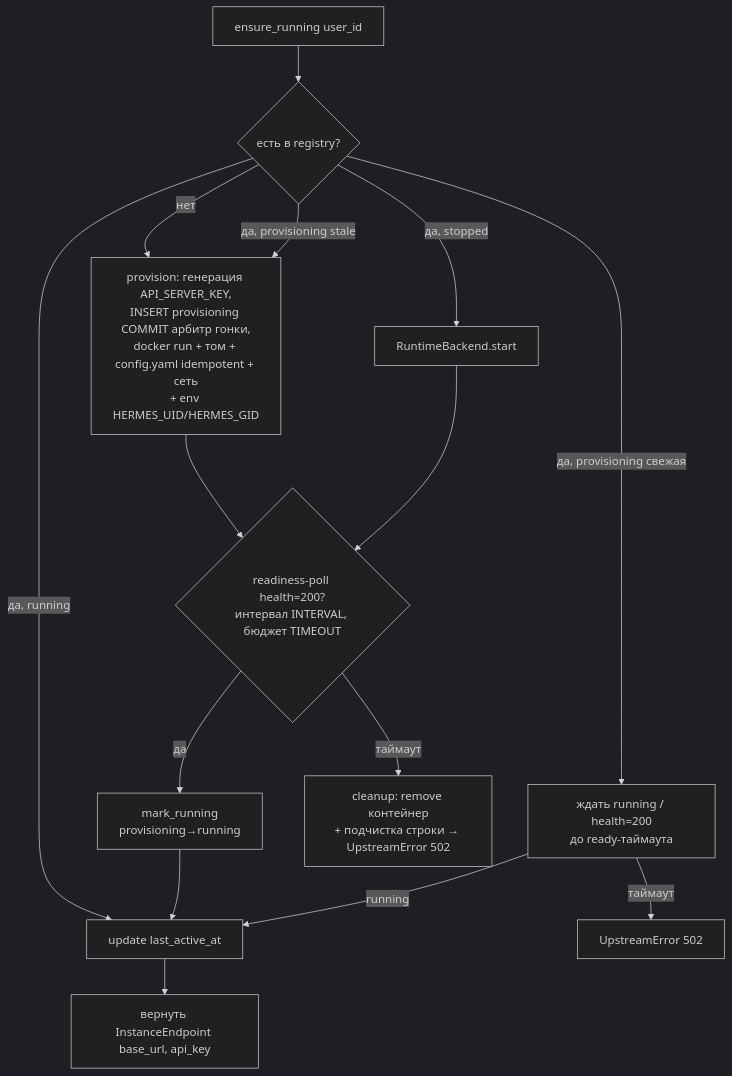
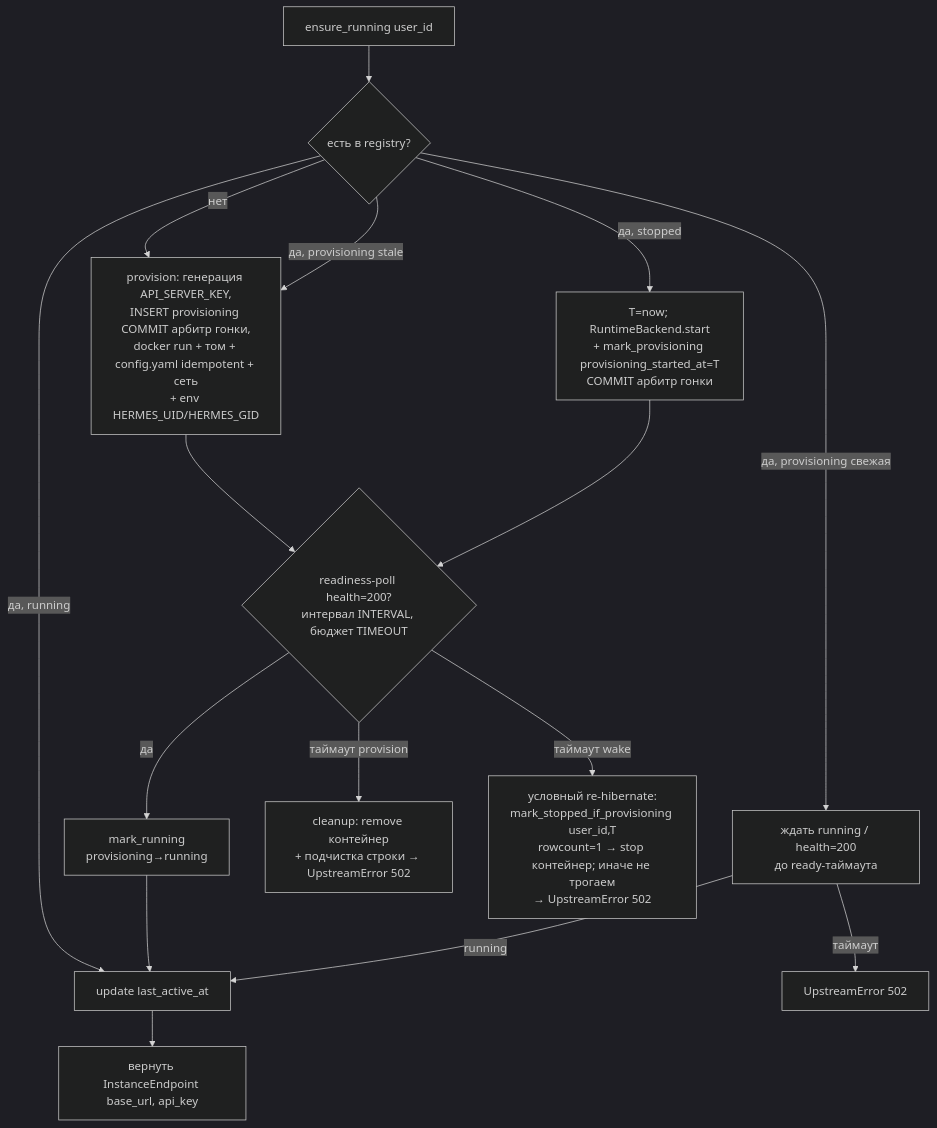
The diagram in docs/modules/hermes-runtime/03-architecture.md (eliseiv/claude-hermes), drawn with Mermaid (dark theme) before and after one commit. The commit also changed other lines of this file and 30 other files, not shown here.

````diff
--- a/docs/modules/hermes-runtime/03-architecture.md
+++ b/docs/modules/hermes-runtime/03-architecture.md
@@ -12,17 +12,18 @@
 ```mermaid
 flowchart TB
     A[ensure_running user_id] --> R{есть в registry?}
     R -- нет --> P[provision: генерация API_SERVER_KEY,<br/>INSERT provisioning COMMIT арбитр гонки,<br/>docker run + том + config.yaml idempotent + сеть<br/>+ env HERMES_UID/HERMES_GID]
-    R -- да, stopped --> S[RuntimeBackend.start]
+    R -- да, stopped --> S[T=now; RuntimeBackend.start<br/>+ mark_provisioning provisioning_started_at=T<br/>COMMIT арбитр гонки]
     R -- да, provisioning свежая --> W2[ждать running / health=200<br/>до ready-таймаута]
     R -- да, provisioning stale --> P
     R -- да, running --> U[update last_active_at]
     P --> RW{readiness-poll health=200?<br/>интервал INTERVAL, бюджет TIMEOUT}
     S --> RW
     RW -- да --> M[mark_running<br/>provisioning→running]
-    RW -- таймаут --> CL[cleanup: remove контейнер<br/>+ подчистка строки → UpstreamError 502]
+    RW -- таймаут provision --> CL[cleanup: remove контейнер<br/>+ подчистка строки → UpstreamError 502]
+    RW -- таймаут wake --> CW[условный re-hibernate:<br/>mark_stopped_if_provisioning user_id,T<br/>rowcount=1 → stop контейнер; иначе не трогаем<br/>→ UpstreamError 502]
     M --> U
     W2 -- running --> U
     W2 -- таймаут --> X[UpstreamError 502]
     U --> E[вернуть InstanceEndpoint base_url, api_key]
 ```
````
